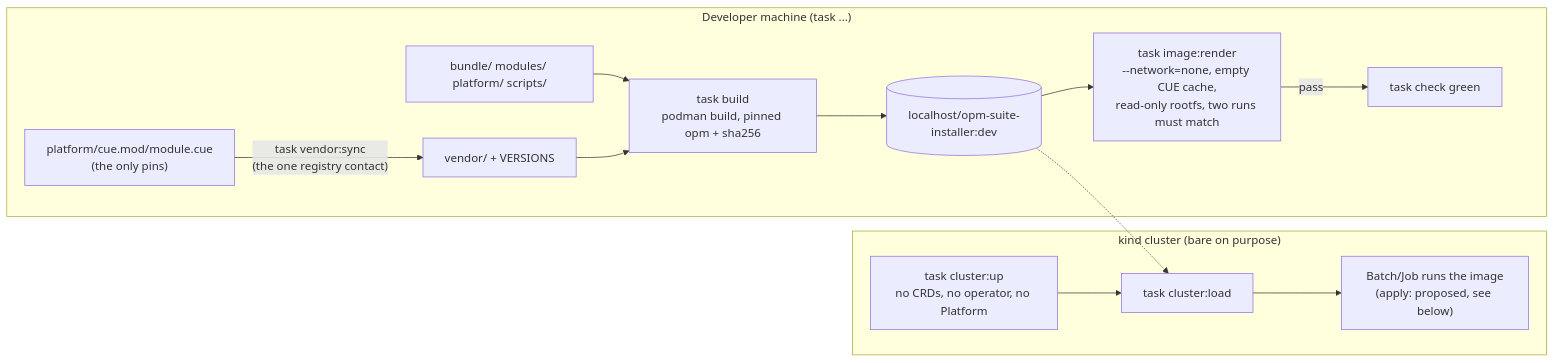
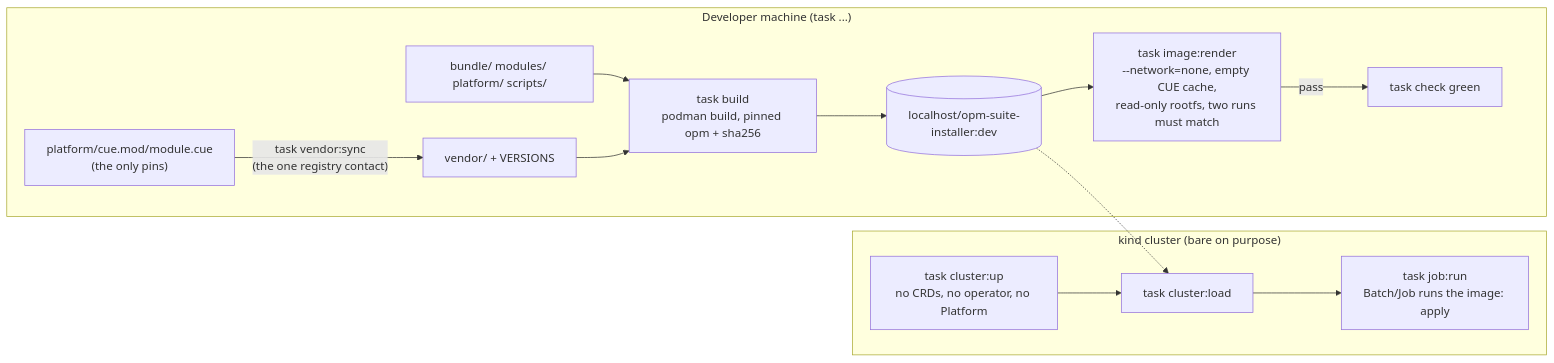
The first of 4 diagrams in README.md (open-platform-model/opm-suite-installer), drawn with Mermaid before and after one commit. The commit also changed other lines of this file and 13 other files, not shown here.

````diff
--- a/README.md
+++ b/README.md
@@ -56,16 +119,16 @@
 ```mermaid
 flowchart LR
   subgraph dev["Developer machine (task ...)"]
     pin["platform/cue.mod/module.cue<br/>(the only pins)"] -->|"task vendor:sync<br/>(the one registry contact)"| vendor["vendor/ + VERSIONS"]
     src["bundle/ modules/ platform/ scripts/"] --> build
     vendor --> build["task build<br/>podman build, pinned opm + sha256"]
     build --> img[("localhost/opm-suite-installer:dev")]
     img --> render["task image:render<br/>--network=none, empty CUE cache,<br/>read-only rootfs, two runs must match"]
     render -->|pass| ok["task check green"]
   end
   subgraph cluster["kind cluster (bare on purpose)"]
     up["task cluster:up<br/>no CRDs, no operator, no Platform"] --> load["task cluster:load"]
     img -.-> load
-    load --> job["Batch/Job runs the image<br/>(apply: proposed, see below)"]
+    load --> job["task job:run<br/>Batch/Job runs the image: apply"]
   end
 ```
````
